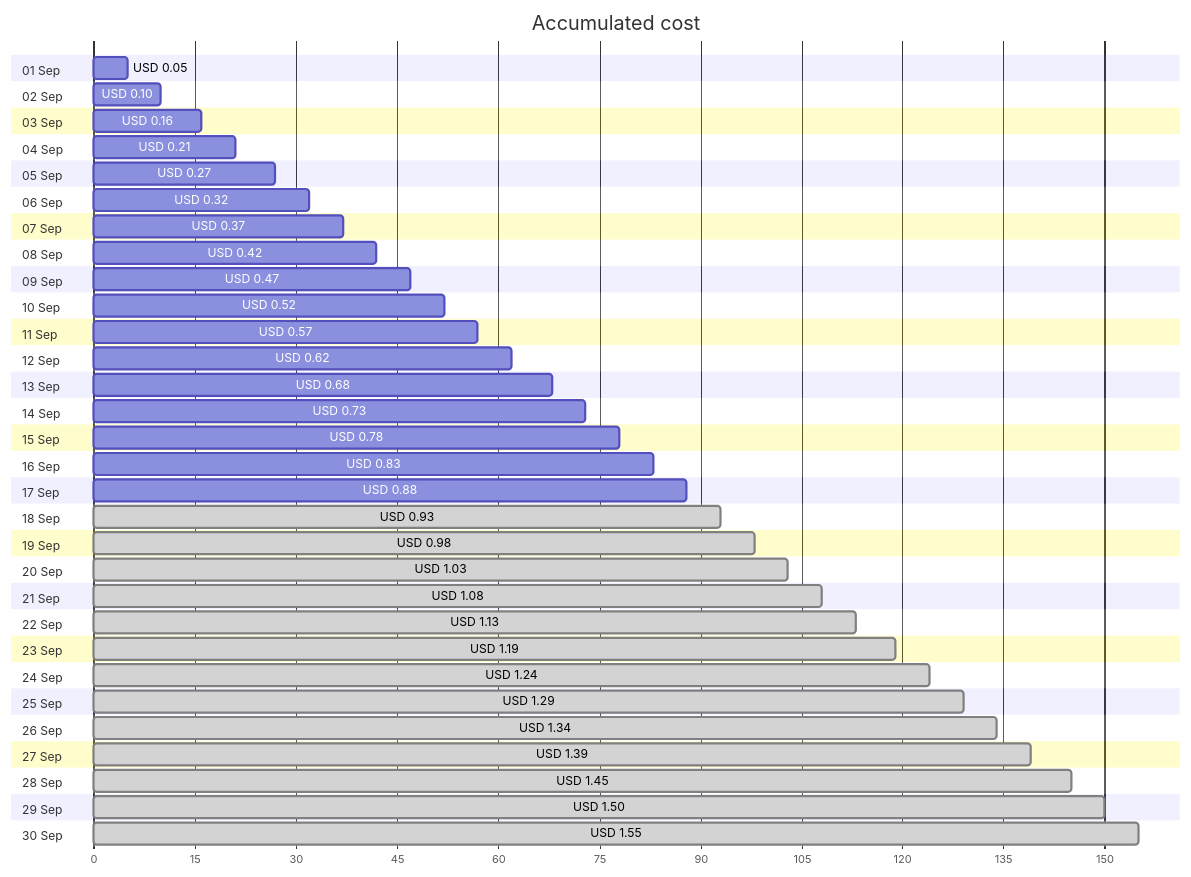
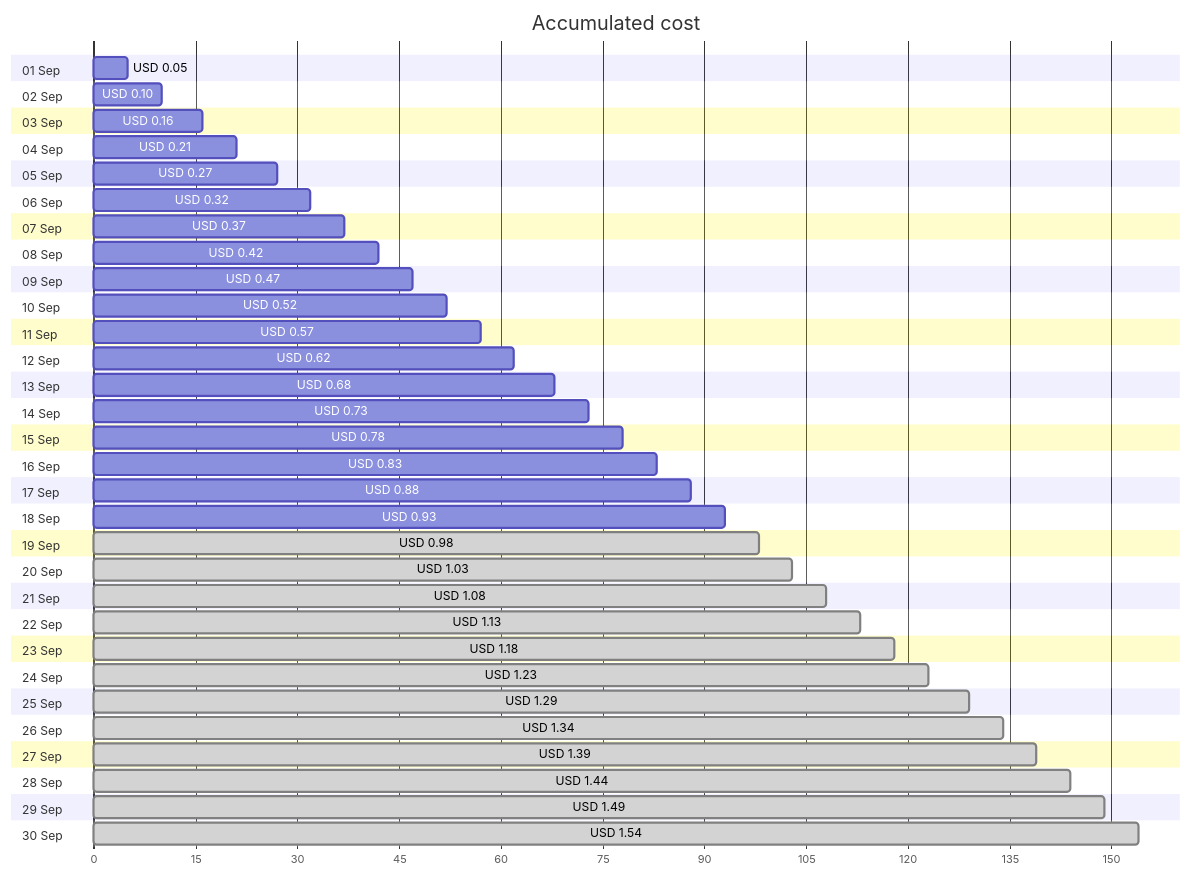
Before and after one commit to jpfulton/azure-personal-reports: the first of 4 diagrams in cost-reports/personal-network/win-dev_OsDisk.md, drawn with Mermaid. The commit also changed other lines of this file and 17 other files, not shown here.

````diff
--- a/cost-reports/personal-network/win-dev_OsDisk.md
+++ b/cost-reports/personal-network/win-dev_OsDisk.md
@@ -20,66 +20,66 @@
 ```mermaid
 gantt
    title Accumulated cost
    dateFormat  X
    axisFormat %s
    section 01 Sep
    USD 0.05 :0, 5
    section 02 Sep
    USD 0.10 :0, 10
    section 03 Sep
    USD 0.16 :0, 16
    section 04 Sep
    USD 0.21 :0, 21
    section 05 Sep
    USD 0.27 :0, 27
    section 06 Sep
    USD 0.32 :0, 32
    section 07 Sep
    USD 0.37 :0, 37
    section 08 Sep
    USD 0.42 :0, 42
    section 09 Sep
    USD 0.47 :0, 47
    section 10 Sep
    USD 0.52 :0, 52
    section 11 Sep
    USD 0.57 :0, 57
    section 12 Sep
    USD 0.62 :0, 62
    section 13 Sep
    USD 0.68 :0, 68
    section 14 Sep
    USD 0.73 :0, 73
    section 15 Sep
    USD 0.78 :0, 78
    section 16 Sep
    USD 0.83 :0, 83
    section 17 Sep
    USD 0.88 :0, 88
    section 18 Sep
-   USD 0.93 : done, 0, 93
+   USD 0.93 :0, 93
    section 19 Sep
    USD 0.98 : done, 0, 98
    section 20 Sep
    USD 1.03 : done, 0, 103
    section 21 Sep
    USD 1.08 : done, 0, 108
    section 22 Sep
    USD 1.13 : done, 0, 113
    section 23 Sep
-   USD 1.19 : done, 0, 119
+   USD 1.18 : done, 0, 118
    section 24 Sep
-   USD 1.24 : done, 0, 124
+   USD 1.23 : done, 0, 123
    section 25 Sep
    USD 1.29 : done, 0, 129
    section 26 Sep
    USD 1.34 : done, 0, 134
    section 27 Sep
    USD 1.39 : done, 0, 139
    section 28 Sep
-   USD 1.45 : done, 0, 145
+   USD 1.44 : done, 0, 144
    section 29 Sep
-   USD 1.50 : done, 0, 150
+   USD 1.49 : done, 0, 149
    section 30 Sep
-   USD 1.55 : done, 0, 155
+   USD 1.54 : done, 0, 154
 ```
````
